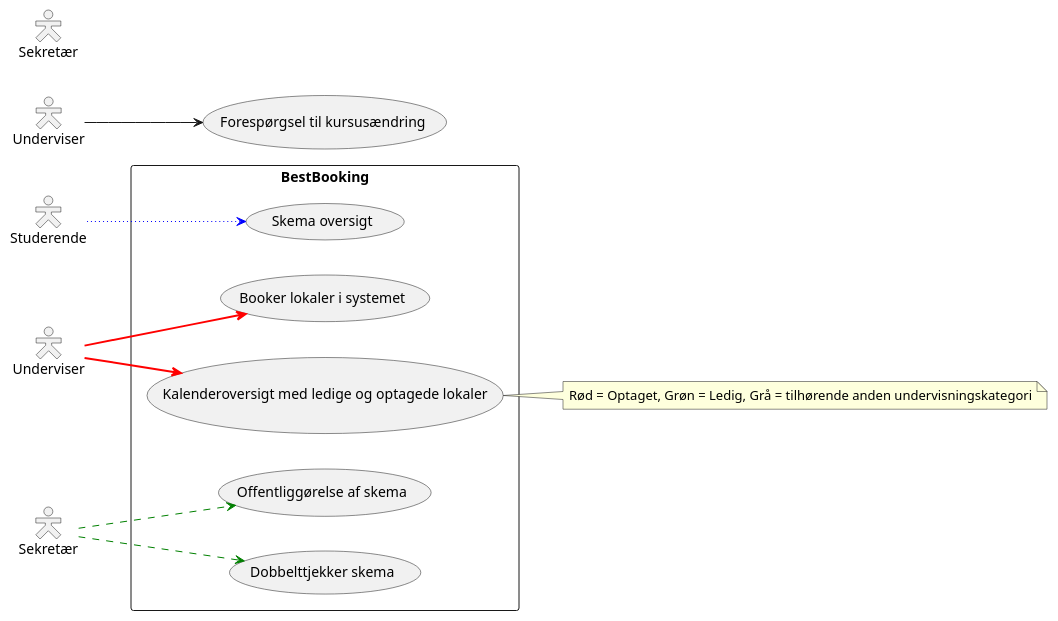
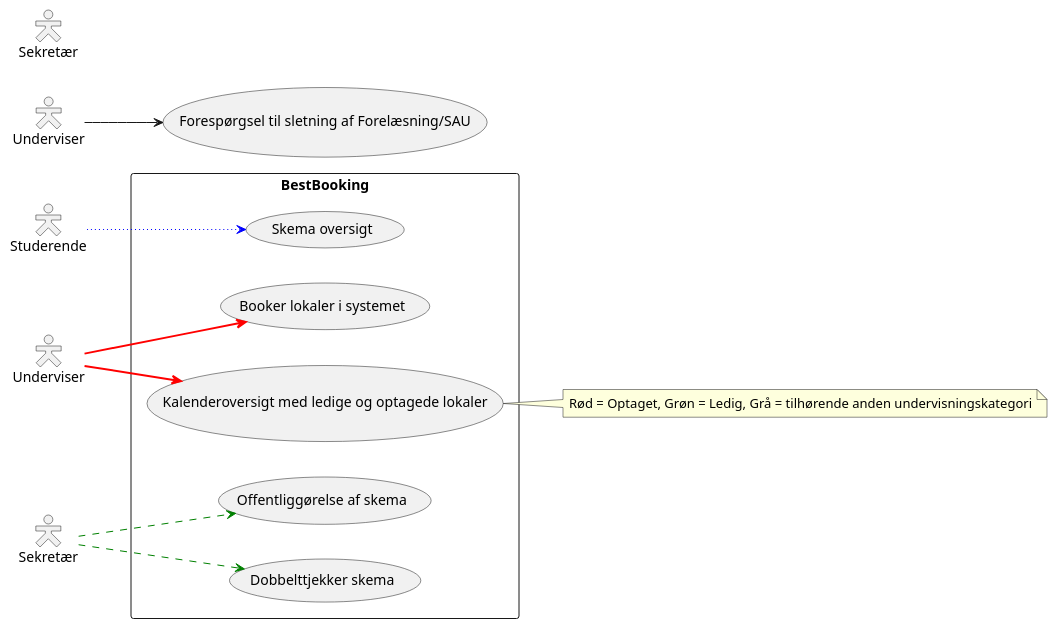
Before and after one commit to milleengblad/OPG-1-systemudvikling: the diagram in Diagrammer/Use cases.puml, drawn with PlantUML. The commit also changed 31 other files, not shown here.

```diff
--- a/Diagrammer/Use cases.puml
+++ b/Diagrammer/Use cases.puml
@@ -1,34 +1,34 @@
 @startuml
 'https://plantuml.com/use-case-diagram
 skinparam actorStyle Hollow
 skinparam packageStyle rectangle
 left to right direction
 actor Studerende as stu
 actor Underviser as und
 actor Sekretær as sek
 rectangle BestBooking {
     usecase "Booker lokaler i systemet" as UC1
     usecase "Skema oversigt" as UC2
     usecase "Kalenderoversigt med ledige og optagede lokaler" as UC3
     usecase "Dobbelttjekker skema" as UC4
     usecase "Offentliggørelse af skema" as UC5
 }
 note right of UC3 : Rød = Optaget, Grøn = Ledig, Grå = tilhørende anden undervisningskategori
 
 actor Underviser as u
 actor Sekretær as b
-    usecase "Forespørgsel til kursusændring" as u2
+    usecase "Forespørgsel til sletning af Forelæsning/SAU" as u2
 
 u --> (u2)
 
 
 
 stu --> (UC2) #blue;line.dotted;text:blue
 und --> (UC3) #line:red;line.bold;text:red
 und --> (UC1) #line:red;line.bold;text:red
 sek --> (UC4) #green;line.dashed;text:green
 sek --> (UC5) #green;line.dashed;text:green
 
 
 
 @enduml
```
